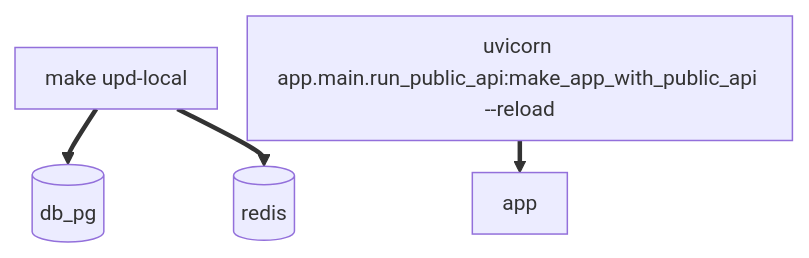
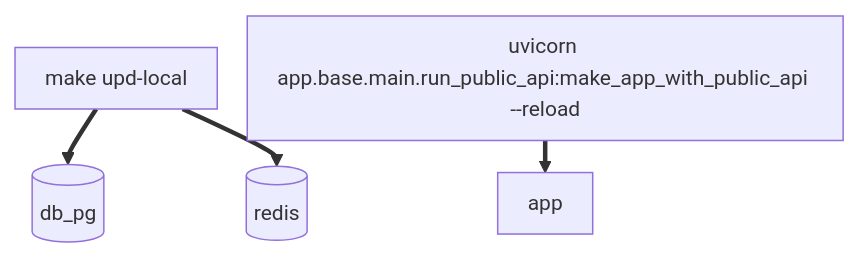
One commit to Kgotso-Koete/fastapi-clean-example changed the diagram in docs/wiki/content/getting-started/quick-start-local.md. Above: the diagram before and after it, drawn with Mermaid. The commit also changed other lines of this file and 1006 other files, not shown here.

Commit message:
feat(modules): split the app into base, Organizations and Notifications modules, and shared (v0.20.0) (#19)

````diff
--- a/docs/wiki/content/getting-started/quick-start-local.md
+++ b/docs/wiki/content/getting-started/quick-start-local.md
@@ -18,9 +18,9 @@
     ```mermaid
     %%{init: {"theme": "default", "themeVariables": {"fontSize": "14px"}, "flowchart": {"nodeSpacing": 20, "rankSpacing": 16, "padding": 10, "subGraphTitleMargin": {"top": 5, "bottom": 12}, "useMaxWidth": false}}}%%
     flowchart TB
         updlocal["make upd-local"] --> db_pg[("db_pg")]
         updlocal --> redis[("redis")]
-        uvicorn["uvicorn app.main.run_public_api:make_app_with_public_api --reload"] --> app["app"]
+        uvicorn["uvicorn app.base.main.run_public_api:make_app_with_public_api --reload"] --> app["app"]
 
         linkStyle default stroke-width:3px,stroke:#333333
     ```
````
